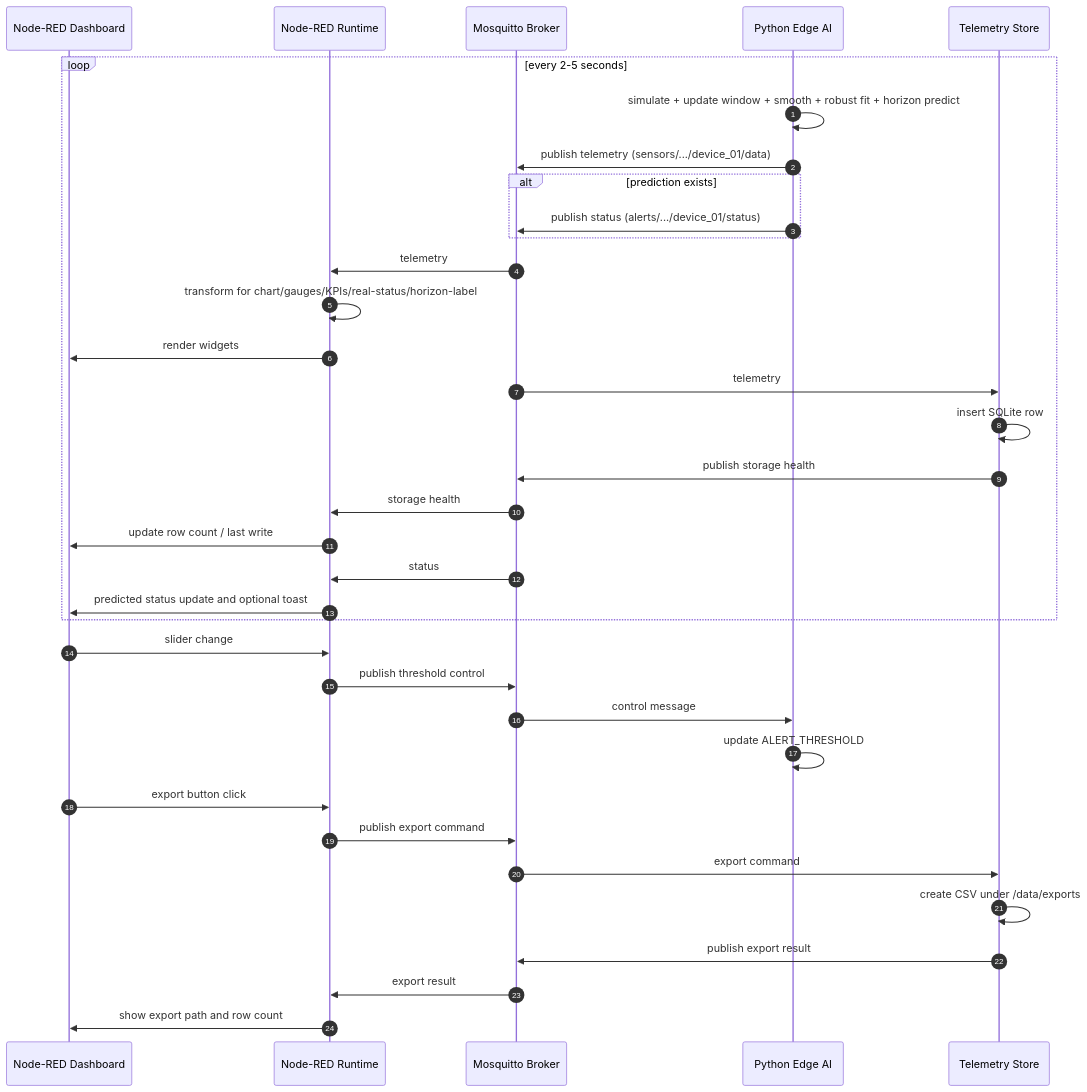
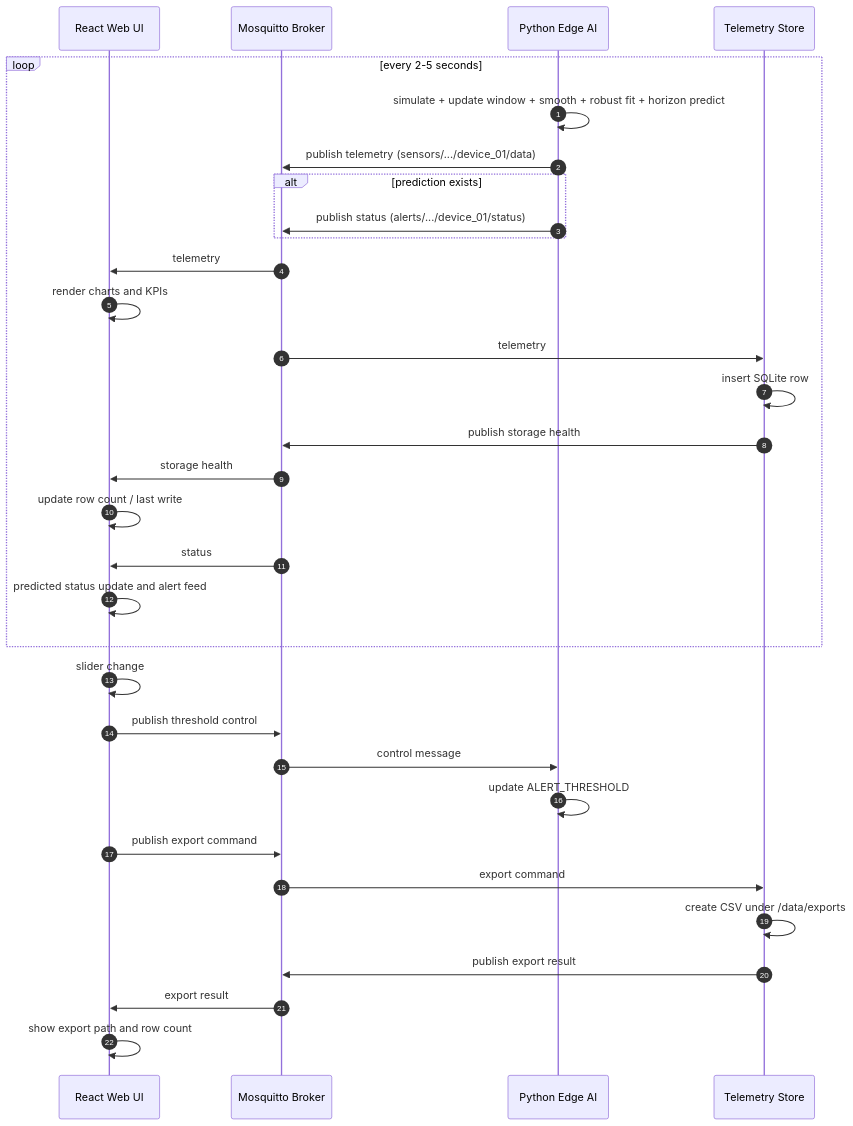
One commit to cepdnaclk/e20-co326-Predictive-Temperature-Model changed the diagram in docs/01_System_Architecture_and_Dataflow.md. Above: the diagram before and after it, drawn with Mermaid. The commit also changed other lines of this file and 7 other files, not shown here.

````diff
--- a/docs/01_System_Architecture_and_Dataflow.md
+++ b/docs/01_System_Architecture_and_Dataflow.md
@@ -119,40 +125,37 @@
 ```mermaid
 sequenceDiagram
     autonumber
-    participant UI as Node-RED Dashboard
-    participant NR as Node-RED Runtime
+    participant UI as React Web UI
     participant MQ as Mosquitto Broker
     participant PY as Python Edge AI
     participant ST as Telemetry Store
 
     loop every 2-5 seconds
       PY->>PY: simulate + update window + smooth + robust fit + horizon predict
         PY->>MQ: publish telemetry (sensors/.../device_01/data)
         alt prediction exists
             PY->>MQ: publish status (alerts/.../device_01/status)
         end
-        MQ->>NR: telemetry
-      NR->>NR: transform for chart/gauges/KPIs/real-status/horizon-label
-        NR->>UI: render widgets
+        MQ->>UI: telemetry
+      UI->>UI: render charts and KPIs
         MQ->>ST: telemetry
         ST->>ST: insert SQLite row
         ST->>MQ: publish storage health
-        MQ->>NR: storage health
-        NR->>UI: update row count / last write
-        MQ->>NR: status
-      NR->>UI: predicted status update and optional toast
+        MQ->>UI: storage health
+        UI->>UI: update row count / last write
+        MQ->>UI: status
+      UI->>UI: predicted status update and alert feed
     end
 
-    UI->>NR: slider change
-    NR->>MQ: publish threshold control
+    UI->>UI: slider change
+    UI->>MQ: publish threshold control
     MQ->>PY: control message
     PY->>PY: update ALERT_THRESHOLD
 
-    UI->>NR: export button click
-    NR->>MQ: publish export command
+    UI->>MQ: publish export command
     MQ->>ST: export command
     ST->>ST: create CSV under /data/exports
     ST->>MQ: publish export result
-    MQ->>NR: export result
-    NR->>UI: show export path and row count
+    MQ->>UI: export result
+    UI->>UI: show export path and row count
 ```
````
